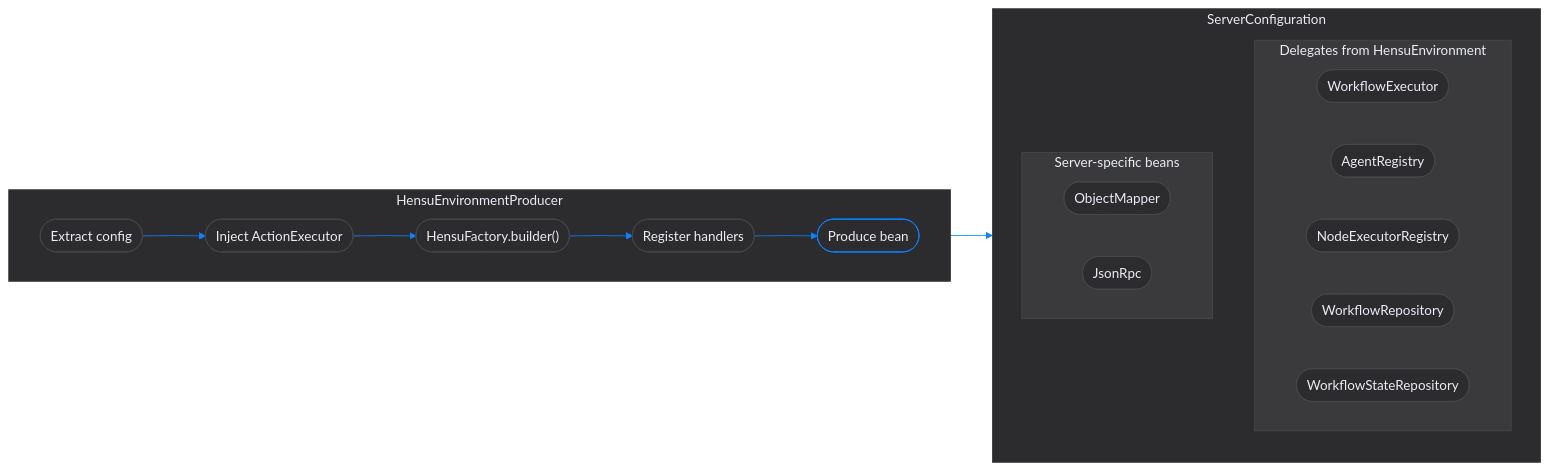
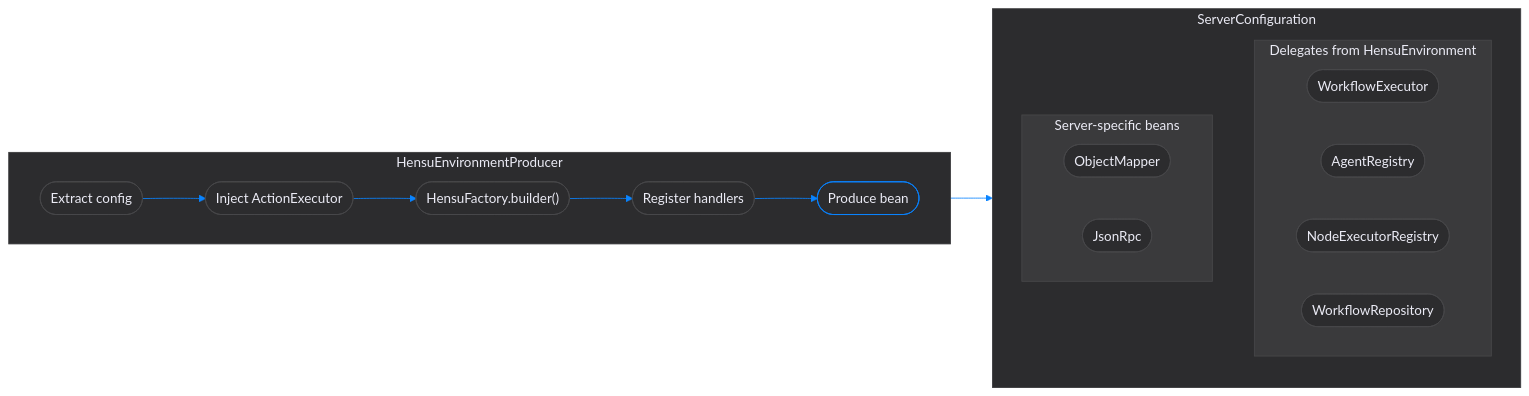
Before and after one commit to hensu-project/hensu: the ninth of 9 diagrams in docs/unified-architecture.md, drawn with Mermaid. The commit also changed other lines of this file and 224 other files, not shown here.

````diff
--- a/docs/unified-architecture.md
+++ b/docs/unified-architecture.md
@@ -908,46 +1037,44 @@
 ```mermaid
 flowchart LR
     subgraph producer["HensuEnvironmentProducer"]
         direction LR
         p1(["Extract config"]) --> p2(["Inject ActionExecutor"]) --> p3(["HensuFactory.builder()"]) --> p4(["Register handlers"]) --> p5(["Produce bean"])
     end
 
     subgraph config["ServerConfiguration"]
         direction TB
         subgraph delegates["Delegates from HensuEnvironment"]
             direction LR
             d1(["WorkflowExecutor"])
             d2(["AgentRegistry"])
             d3(["NodeExecutorRegistry"])
             d5(["WorkflowRepository"])
-            d6(["WorkflowStateRepository"])
         end
         subgraph server_beans["Server-specific beans"]
             direction LR
             s1(["ObjectMapper"])
             s3(["JsonRpc"])
         end
     end
 
     producer --> config
 
     style producer fill:#2c2c2e, stroke:#3a3a3c, color:#ebebf5, stroke-width:1px
     style config fill:#2c2c2e, stroke:#3a3a3c, color:#ebebf5, stroke-width:1px
     style delegates fill:#3a3a3c, stroke:#48484a, color:#ebebf5, stroke-width:1px
     style server_beans fill:#3a3a3c, stroke:#48484a, color:#ebebf5, stroke-width:1px
 
     style p1 fill:#2c2c2e, stroke:#48484a, color:#ebebf5, stroke-width:1px
     style p2 fill:#2c2c2e, stroke:#48484a, color:#ebebf5, stroke-width:1px
     style p3 fill:#2c2c2e, stroke:#48484a, color:#ebebf5, stroke-width:1px
     style p4 fill:#2c2c2e, stroke:#48484a, color:#ebebf5, stroke-width:1px
     style p5 fill:#2c2c2e, stroke:#0A84FF, color:#ebebf5, stroke-width:1px
     style d1 fill:#2c2c2e, stroke:#48484a, color:#ebebf5, stroke-width:1px
     style d2 fill:#2c2c2e, stroke:#48484a, color:#ebebf5, stroke-width:1px
     style d3 fill:#2c2c2e, stroke:#48484a, color:#ebebf5, stroke-width:1px
     style d5 fill:#2c2c2e, stroke:#48484a, color:#ebebf5, stroke-width:1px
-    style d6 fill:#2c2c2e, stroke:#48484a, color:#ebebf5, stroke-width:1px
     style s1 fill:#2c2c2e, stroke:#48484a, color:#ebebf5, stroke-width:1px
     style s3 fill:#2c2c2e, stroke:#48484a, color:#ebebf5, stroke-width:1px
 
     linkStyle default stroke:#0A84FF, stroke-width:1px
 ```
````
